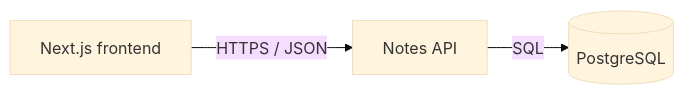
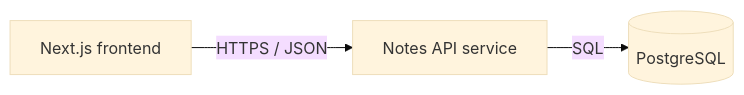
Before and after one commit to ThanhNV121097/project-ec1c9631: the diagram in docs/architecture/services.md, drawn with Mermaid (base theme). The commit also changed other lines of this file, not shown here.

Commit message:
docs: add service and interface design

````diff
--- a/docs/architecture/services.md
+++ b/docs/architecture/services.md
@@ -8,5 +8,5 @@
 ```mermaid
 flowchart LR
-    Browser[Next.js frontend] -->|HTTPS / JSON| API[Notes API]
+    Browser[Next.js frontend] -->|HTTPS / JSON| API[Notes API service]
     API -->|SQL| DB[(PostgreSQL)]
 ```
````
